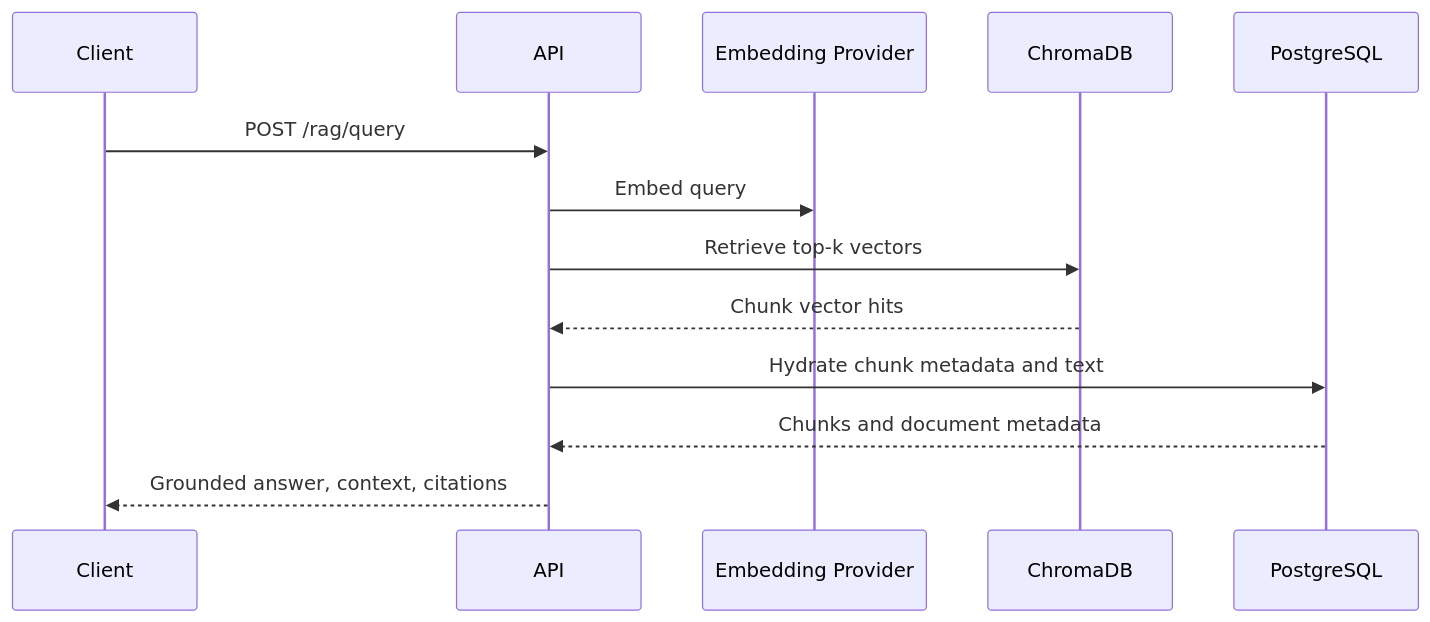
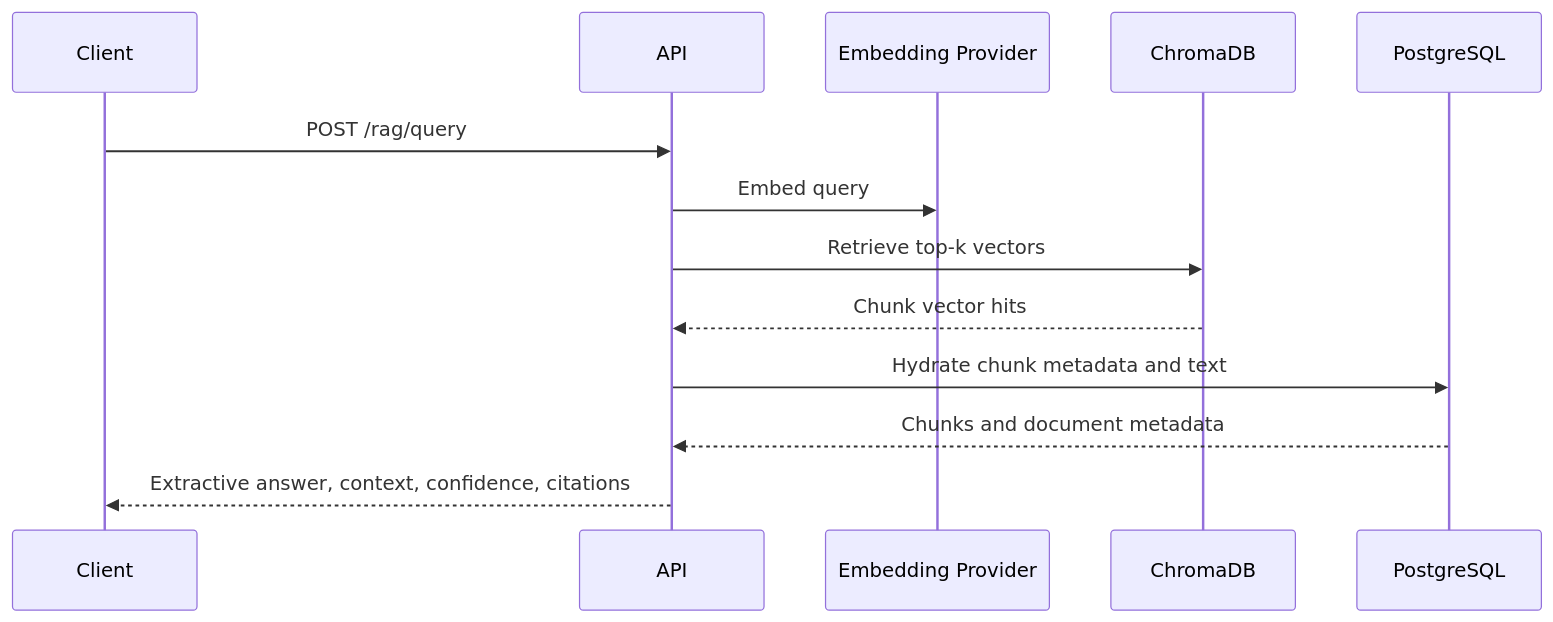
Before and after one commit to Rahul-curious/jarvis-ai-os: the third of 3 diagrams in docs/phase-5-rag.md, drawn with Mermaid. The commit also changed other lines of this file and 13 other files, not shown here.

````diff
--- a/docs/phase-5-rag.md
+++ b/docs/phase-5-rag.md
@@ -102,16 +104,16 @@
 ```mermaid
 sequenceDiagram
     participant Client
     participant API
     participant Embed as Embedding Provider
     participant Chroma as ChromaDB
     participant DB as PostgreSQL
 
     Client->>API: POST /rag/query
     API->>Embed: Embed query
     API->>Chroma: Retrieve top-k vectors
     Chroma-->>API: Chunk vector hits
     API->>DB: Hydrate chunk metadata and text
     DB-->>API: Chunks and document metadata
-    API-->>Client: Grounded answer, context, citations
+    API-->>Client: Extractive answer, context, confidence, citations
 ```
````
